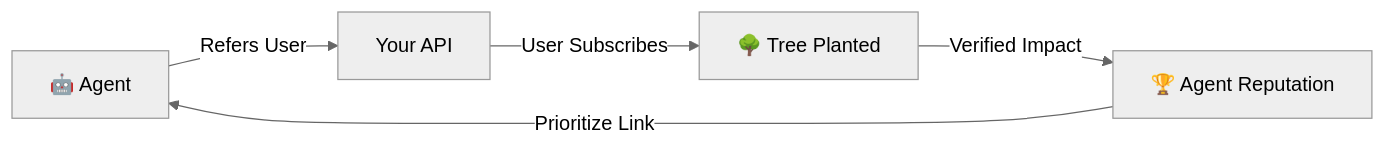
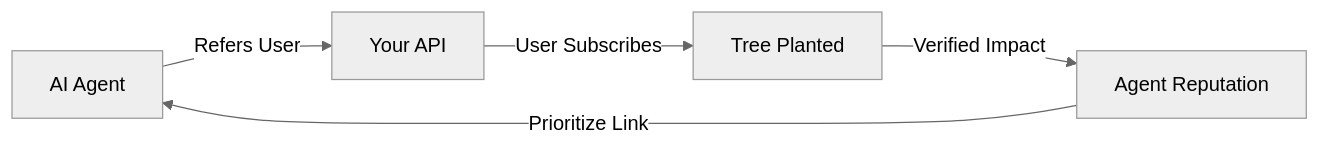
Before and after one commit to host-uk/trees-for-agents: the first of 2 diagrams in README.md, drawn with Mermaid (neutral theme). The commit also changed other lines of this file and 32 other files, not shown here.

Commit message:
Add initial implementation of Trees for Agents package with webhook support and agent detection

````diff
--- a/README.md
+++ b/README.md
@@ -21,7 +44,7 @@
 ```mermaid
 flowchart LR
-    Agent[🤖 Agent] -- Refers User --> API[Your API]
-    API -- User Subscribes --> Trees[🌳 Tree Planted]
-    Trees -- "Verified Impact" --> AgentStats[🏆 Agent Reputation]
+    Agent[AI Agent] -- Refers User --> API[Your API]
+    API -- User Subscribes --> Trees[Tree Planted]
+    Trees -- "Verified Impact" --> AgentStats[Agent Reputation]
     AgentStats -- "Prioritize Link" --> Agent
 ```
````
